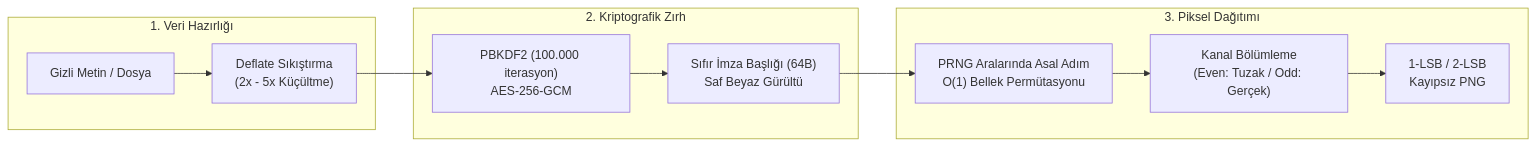
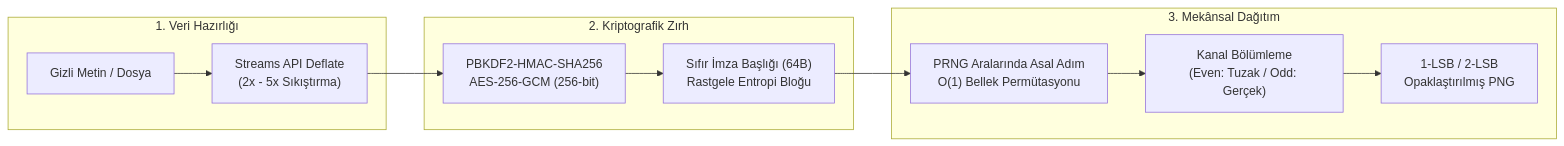
One commit to VelliDR/stegocrypt-pwa changed the diagram in README.md. Above: the diagram before and after it, drawn with Mermaid. The commit also changed other lines of this file and 29 other files, not shown here.

````diff
--- a/README.md
+++ b/README.md
@@ -34,15 +34,15 @@
 ```mermaid
 flowchart LR
     subgraph Girdi ["1. Veri Hazırlığı"]
-        A["Gizli Metin / Dosya"] --> B["Deflate Sıkıştırma\n(2x - 5x Küçültme)"]
+        A["Gizli Metin / Dosya"] --> B["Streams API Deflate\n(2x - 5x Sıkıştırma)"]
     end
     subgraph Kripto ["2. Kriptografik Zırh"]
-        B --> C["PBKDF2 (100.000 iterasyon)\nAES-256-GCM"]
-        C --> D["Sıfır İmza Başlığı (64B)\nSaf Beyaz Gürültü"]
+        B --> C["PBKDF2-HMAC-SHA256\nAES-256-GCM (256-bit)"]
+        C --> D["Sıfır İmza Başlığı (64B)\nRastgele Entropi Bloğu"]
     end
-    subgraph Stego ["3. Piksel Dağıtımı"]
+    subgraph Stego ["3. Mekânsal Dağıtım"]
         D --> E["PRNG Aralarında Asal Adım\nO(1) Bellek Permütasyonu"]
         E --> F["Kanal Bölümleme\n(Even: Tuzak / Odd: Gerçek)"]
-        F --> G["1-LSB / 2-LSB\nKayıpsız PNG"]
+        F --> G["1-LSB / 2-LSB\nOpaklaştırılmış PNG"]
     end
 ```
````
